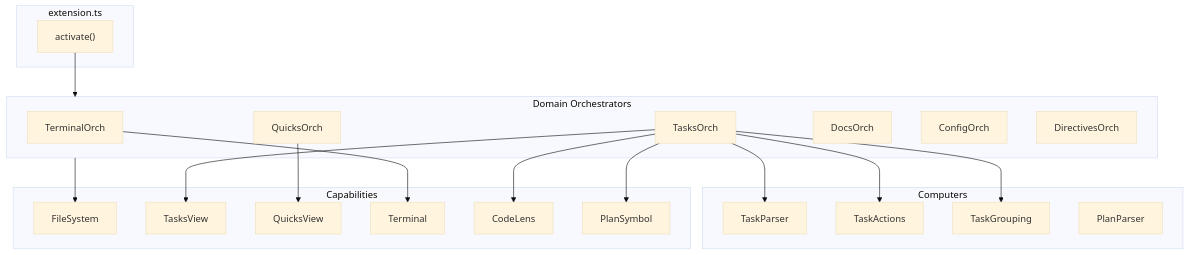
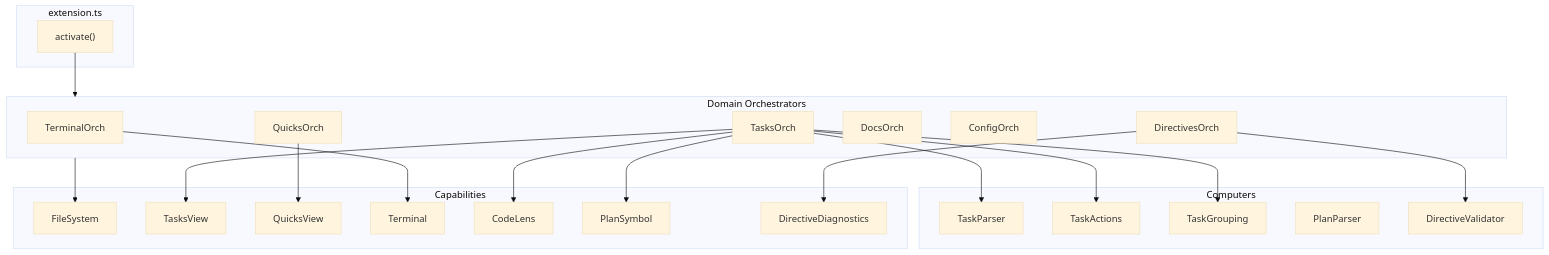
One commit to mattfletcher94/festinalente changed the first of 4 diagrams in .festinalente/engineering/systems/vscode-extension/_index.md. Above: the diagram before and after it, drawn with Mermaid (base theme). The commit also changed other lines of this file and 1 other file, not shown here.

Commit message:
docs(#28): product+engineering - directive linter docs

````diff
--- a/.festinalente/engineering/systems/vscode-extension/_index.md
+++ b/.festinalente/engineering/systems/vscode-extension/_index.md
@@ -63,42 +65,46 @@
 ```mermaid
 flowchart TB
     subgraph Extension["extension.ts"]
         ACT["activate()"]
     end
 
     subgraph Orchestrators["Domain Orchestrators"]
         TERM["TerminalOrch"]
         TASKS["TasksOrch"]
         QUICKS["QuicksOrch"]
         DOCS["DocsOrch"]
         CONFIG["ConfigOrch"]
         DIRS["DirectivesOrch"]
     end
 
     subgraph Capabilities["Capabilities"]
         FS["FileSystem"]
         TV["TasksView"]
         QV["QuicksView"]
         TER["Terminal"]
         CL["CodeLens"]
         PS["PlanSymbol"]
+        DD["DirectiveDiagnostics"]
     end
 
     subgraph Computers["Computers"]
         TP["TaskParser"]
         TA["TaskActions"]
         TG["TaskGrouping"]
         PP["PlanParser"]
+        DV["DirectiveValidator"]
     end
 
     ACT --> Orchestrators
     TASKS --> TV
     TASKS --> TP
     TASKS --> TA
     TASKS --> TG
     TASKS --> CL
     TASKS --> PS
     QUICKS --> QV
     TERM --> TER
+    DIRS --> DV
+    DIRS --> DD
     Orchestrators --> FS
 ```
````
